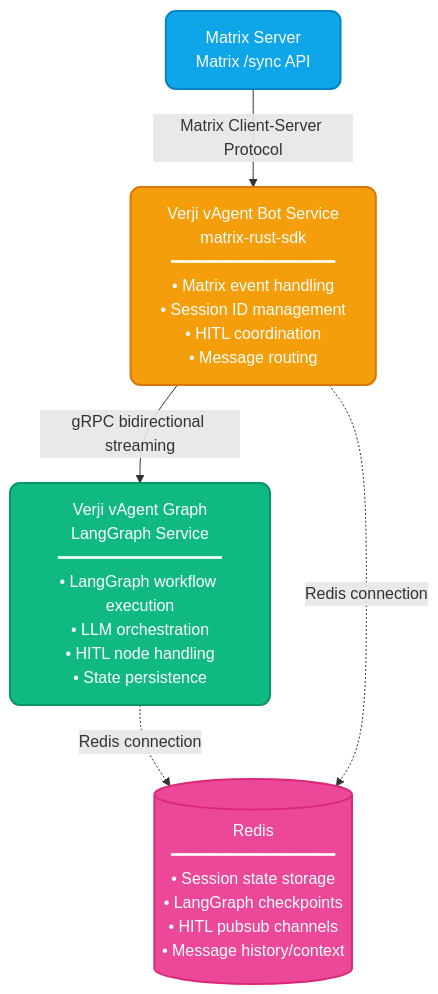
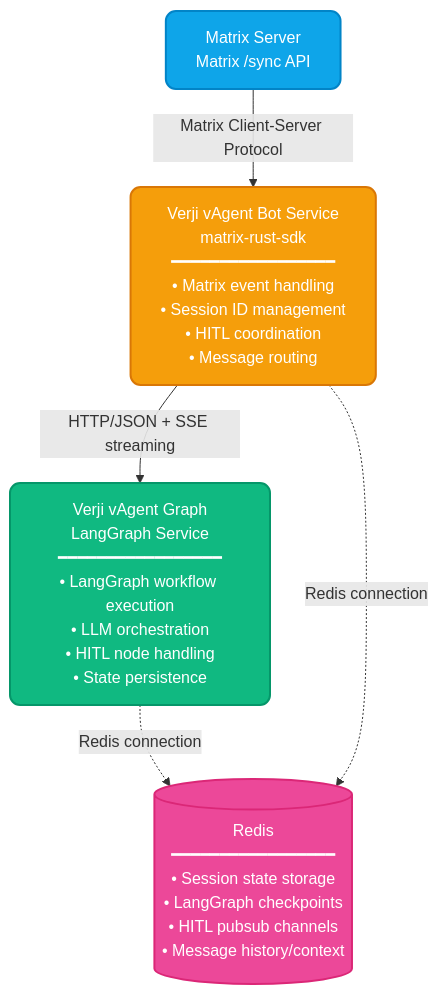
One commit to verji/verji-ai-agent changed the first of 3 diagrams in ARCHITECTURE.md. Above: the diagram before and after it, drawn with Mermaid. The commit also changed other lines of this file and 1 other file, not shown here.

First line of the commit message:
Switch from gRPC/Protobuf to HTTP/JSON for inter-service communication

````diff
--- a/ARCHITECTURE.md
+++ b/ARCHITECTURE.md
@@ -16,17 +16,17 @@
 ```mermaid
 graph TD
     A[Matrix Server<br/>Matrix /sync API]
     B[Verji vAgent Bot Service<br/>matrix-rust-sdk<br/>━━━━━━━━━━━━━━━━━<br/>• Matrix event handling<br/>• Session ID management<br/>• HITL coordination<br/>• Message routing]
     C[Verji vAgent Graph<br/>LangGraph Service<br/>━━━━━━━━━━━━━━━━━<br/>• LangGraph workflow execution<br/>• LLM orchestration<br/>• HITL node handling<br/>• State persistence]
     D[(Redis<br/>━━━━━━━━━━━━━━━━━<br/>• Session state storage<br/>• LangGraph checkpoints<br/>• HITL pubsub channels<br/>• Message history/context)]
 
     A -->|Matrix Client-Server Protocol| B
-    B -->|gRPC bidirectional streaming| C
+    B -->|HTTP/JSON + SSE streaming| C
     C -.->|Redis connection| D
     B -.->|Redis connection| D
 
     style A fill:#0ea5e9,stroke:#0284c7,stroke-width:2px,color:#fff,rx:10,ry:10
     style B fill:#f59e0b,stroke:#d97706,stroke-width:2px,color:#fff,rx:10,ry:10
     style C fill:#10b981,stroke:#059669,stroke-width:2px,color:#fff,rx:10,ry:10
     style D fill:#ec4899,stroke:#db2777,stroke-width:2px,color:#fff,rx:10,ry:10
 ```
````
